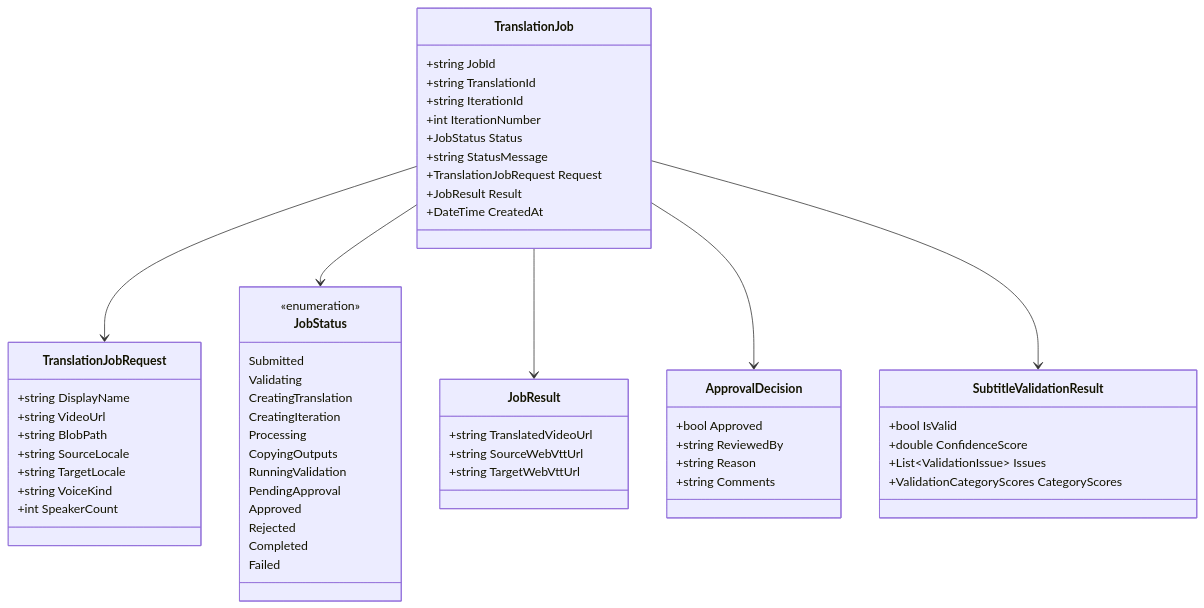
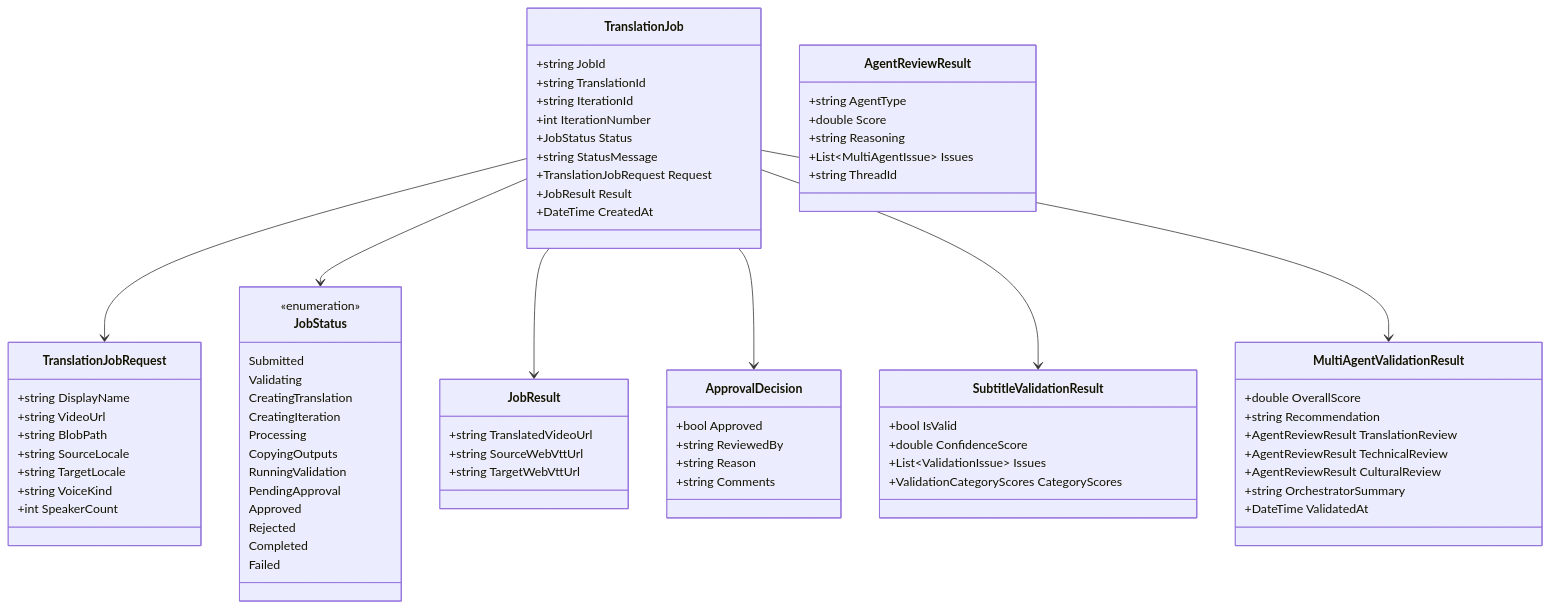
One commit to haslam93/FY26AMA-Capstone-AI-Video-Translation changed the sixth of 15 diagrams in docs/architecture.md. Above: the diagram before and after it, drawn with Mermaid. The commit also changed other lines of this file and 19 other files, not shown here.

````diff
--- a/docs/architecture.md
+++ b/docs/architecture.md
@@ -348,9 +394,28 @@
         +ValidationCategoryScores CategoryScores
     }
     
+    class MultiAgentValidationResult {
+        +double OverallScore
+        +string Recommendation
+        +AgentReviewResult TranslationReview
+        +AgentReviewResult TechnicalReview
+        +AgentReviewResult CulturalReview
+        +string OrchestratorSummary
+        +DateTime ValidatedAt
+    }
+    
+    class AgentReviewResult {
+        +string AgentType
+        +double Score
+        +string Reasoning
+        +List~MultiAgentIssue~ Issues
+        +string ThreadId
+    }
+    
     TranslationJob --> TranslationJobRequest
     TranslationJob --> JobStatus
     TranslationJob --> JobResult
     TranslationJob --> ApprovalDecision
     TranslationJob --> SubtitleValidationResult
+    TranslationJob --> MultiAgentValidationResult
 ```
````
